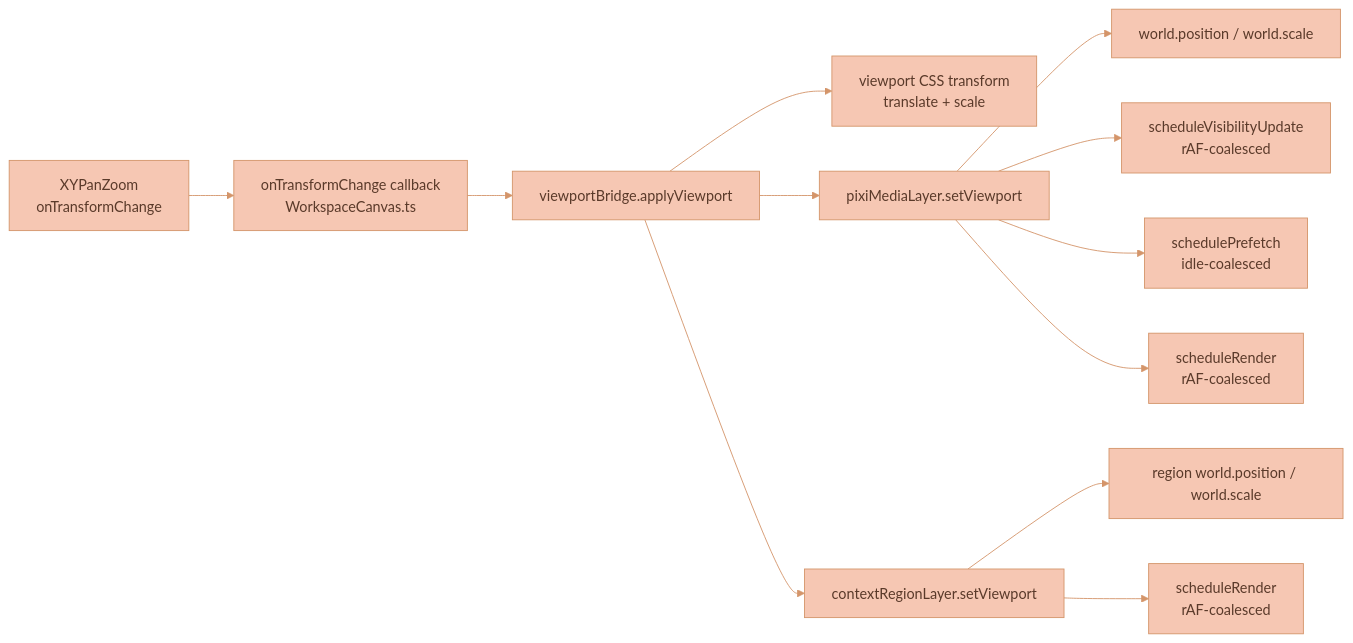
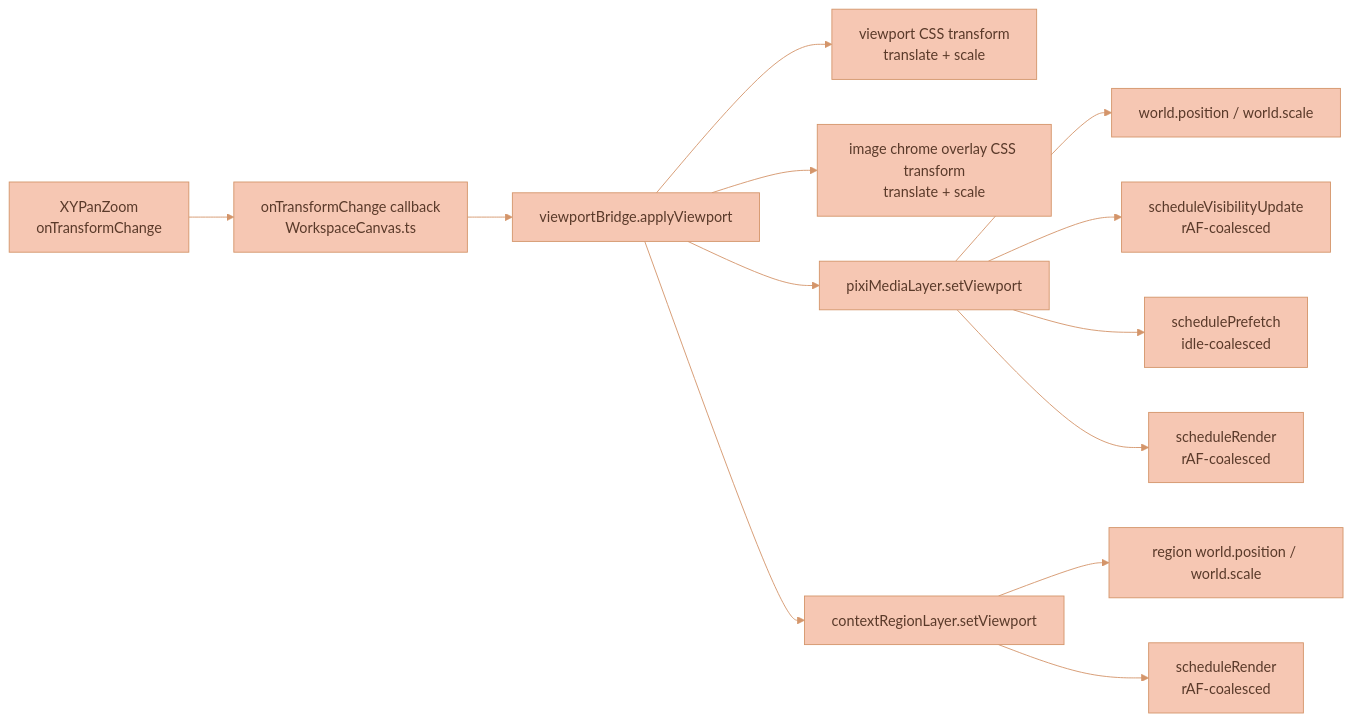
The second of 4 diagrams in documentation/features/CANVAS-ENGINE.md (Lixpi/lixpi), drawn with Mermaid before and after one commit. The commit also changed other lines of this file and 19 other files, not shown here.

````diff
--- a/documentation/features/CANVAS-ENGINE.md
+++ b/documentation/features/CANVAS-ENGINE.md
@@ -128,15 +132,16 @@
 ```mermaid
 %%{init: {'theme': 'base', 'themeVariables': { 'primaryColor': '#F6C7B3', 'primaryTextColor': '#5a3a2a', 'primaryBorderColor': '#d4956a', 'secondaryColor': '#C3DEDD', 'secondaryTextColor': '#1a3a47', 'secondaryBorderColor': '#4a8a9d', 'tertiaryColor': '#DCECE9', 'tertiaryTextColor': '#1a3a47', 'tertiaryBorderColor': '#82B2C0', 'lineColor': '#d4956a', 'textColor': '#5a3a2a'}}}%%
 flowchart LR
     XY[XYPanZoom<br/>onTransformChange] --> CB[onTransformChange callback<br/>WorkspaceCanvas.ts]
     CB --> VB[viewportBridge.applyViewport]
     VB --> CSS[viewport CSS transform<br/>translate + scale]
+    VB --> CHROME[image chrome overlay CSS transform<br/>translate + scale]
     VB --> PIXI[pixiMediaLayer.setViewport]
     VB --> REGION[contextRegionLayer.setViewport]
     PIXI --> WORLD[world.position / world.scale]
     PIXI --> VIS[scheduleVisibilityUpdate<br/>rAF-coalesced]
     PIXI --> PRE[schedulePrefetch<br/>idle-coalesced]
     PIXI --> RND[scheduleRender<br/>rAF-coalesced]
     REGION --> REGION_WORLD[region world.position / world.scale]
     REGION --> REGION_RND[scheduleRender<br/>rAF-coalesced]
 ```
````
